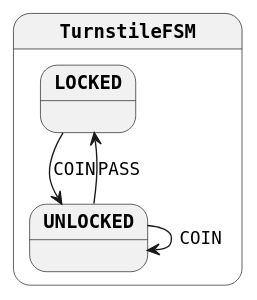
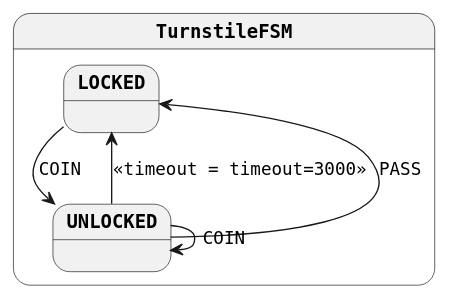
One commit to open-jumpco/kfsm-spring-rest changed the diagram in generated/turnstile-simple.plantuml. Above: the diagram before and after it, drawn with PlantUML. The commit also changed 29 other files, not shown here.

```diff
--- a/generated/turnstile-simple.plantuml
+++ b/generated/turnstile-simple.plantuml
@@ -1,14 +1,15 @@
 @startuml
 skinparam monochrome true
 skinparam StateFontName Helvetica
 skinparam defaultFontName Monospaced
 skinparam defaultFontStyle Bold
 skinparam state {
     FontStyle Bold
 }
 state TurnstileFSM {
 LOCKED --> UNLOCKED : COIN
+UNLOCKED --> LOCKED : <<timeout = timeout=3000>>
 UNLOCKED --> LOCKED : PASS
 UNLOCKED --> UNLOCKED : COIN
 }
 @enduml
```
